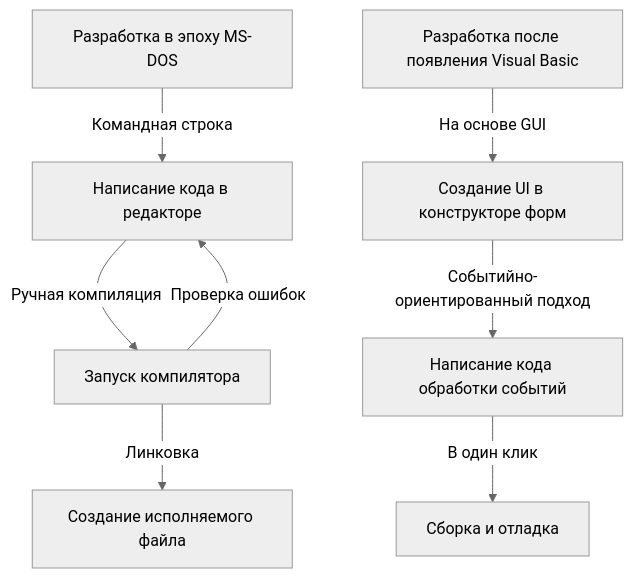
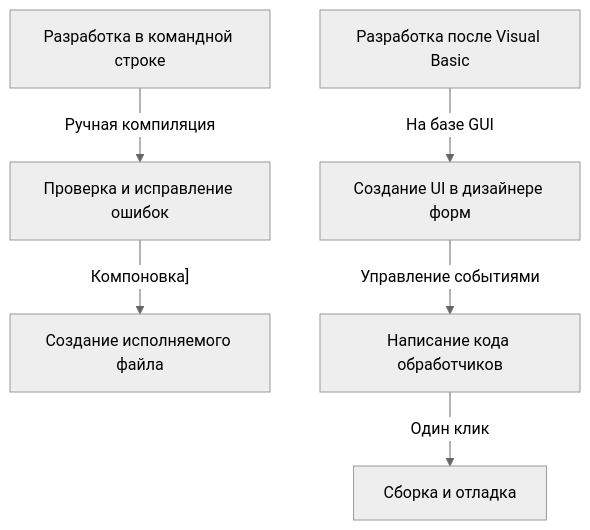
One commit to kenjinote/blog changed the first of 2 diagrams in content/post/history-of-visual-studio/index.ru.md. Above: the diagram before and after it, drawn with Mermaid (neutral theme). The commit also changed other lines of this file and 129 other files, not shown here.

````diff
--- a/content/post/history-of-visual-studio/index.ru.md
+++ b/content/post/history-of-visual-studio/index.ru.md
@@ -32,11 +29,9 @@
 ```mermaid
 graph TD
-    A["Разработка в эпоху MS-DOS"] -- "Командная строка" --> B["Написание кода в редакторе"]
-    B -- "Ручная компиляция" --> C["Запуск компилятора"]
-    C -- "Проверка ошибок" --> B
-    C -- "Линковка" --> D["Создание исполняемого файла"]
+    A["Разработка в командной строке"] -- "Ручная компиляция" --> B["Проверка и исправление ошибок"]
+    B -- "Компоновка"] --> C["Создание исполняемого файла"]
     
-    E["Разработка после появления Visual Basic"] -- "На основе GUI" --> F["Создание UI в конструкторе форм"]
-    F -- "Событийно-ориентированный подход" --> G["Написание кода обработки событий"]
-    G -- "В один клик" --> H["Сборка и отладка"]
+    D["Разработка после Visual Basic"] -- "На базе GUI" --> E["Создание UI в дизайнере форм"]
+    E -- "Управление событиями" --> F["Написание кода обработчиков"]
+    F -- "Один клик" --> G["Сборка и отладка"]
 ```
````
